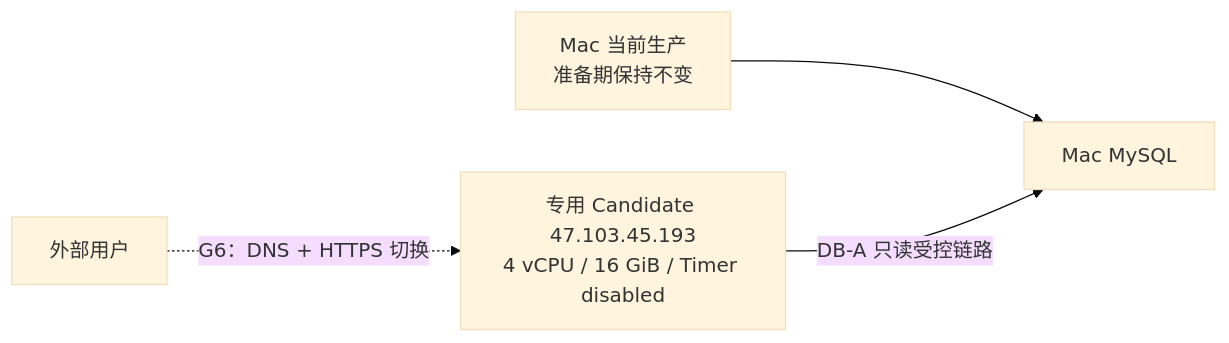
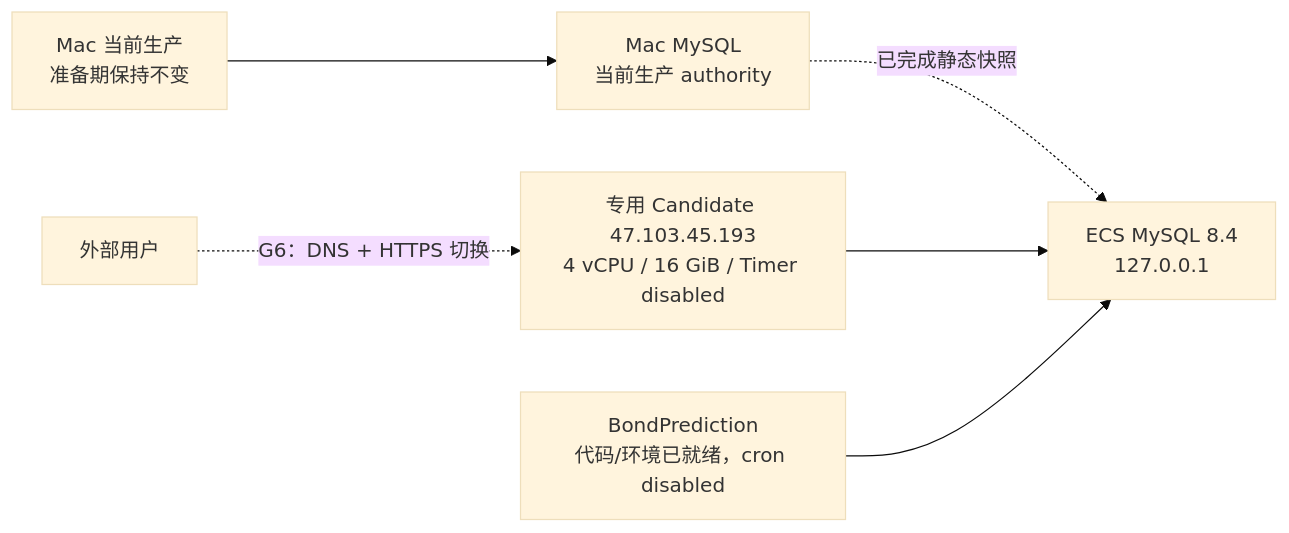
One commit to lucky1day/finlab-graylab changed the fourth of 4 diagrams in docs/operations/ALIYUN_MIGRATION_ASSESSMENT.md. Above: the diagram before and after it, drawn with Mermaid (base theme). The commit also changed other lines of this file, not shown here.

````diff
--- a/docs/operations/ALIYUN_MIGRATION_ASSESSMENT.md
+++ b/docs/operations/ALIYUN_MIGRATION_ASSESSMENT.md
@@ -1384,8 +1401,9 @@
 ```mermaid
 flowchart LR
     M["Mac 当前生产\n准备期保持不变"]
-    M --> DB["Mac MySQL"]
-
-    C["专用 Candidate 47.103.45.193\n4 vCPU / 16 GiB / Timer disabled"] -->|"DB-A 只读受控链路"| DB
+    M --> SDB["Mac MySQL\n当前生产 authority"]
+    SDB -.->|"已完成静态快照"| DB["ECS MySQL 8.4\n127.0.0.1"]
+    C["专用 Candidate 47.103.45.193\n4 vCPU / 16 GiB / Timer disabled"] --> DB
+    BP["BondPrediction\n代码/环境已就绪，cron disabled"] --> DB
     U["外部用户"] -.->|"G6：DNS + HTTPS 切换"| C
 ```
````
